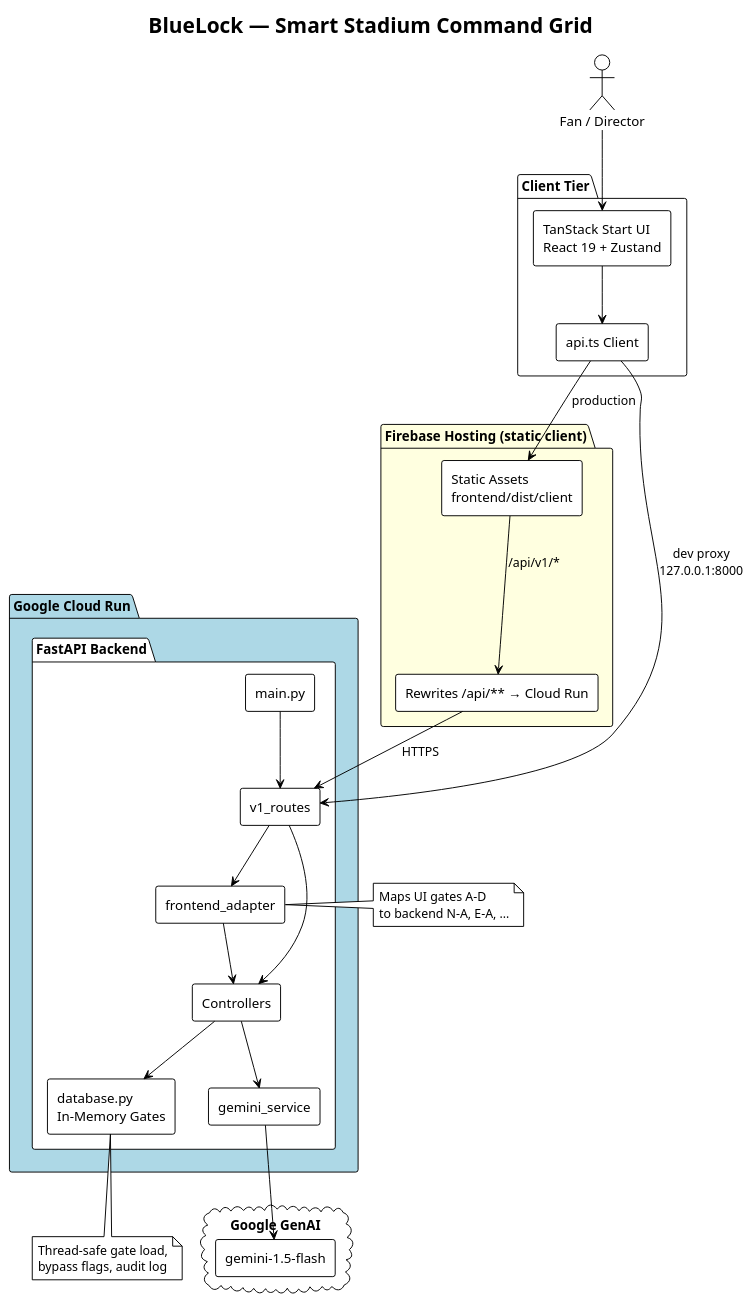
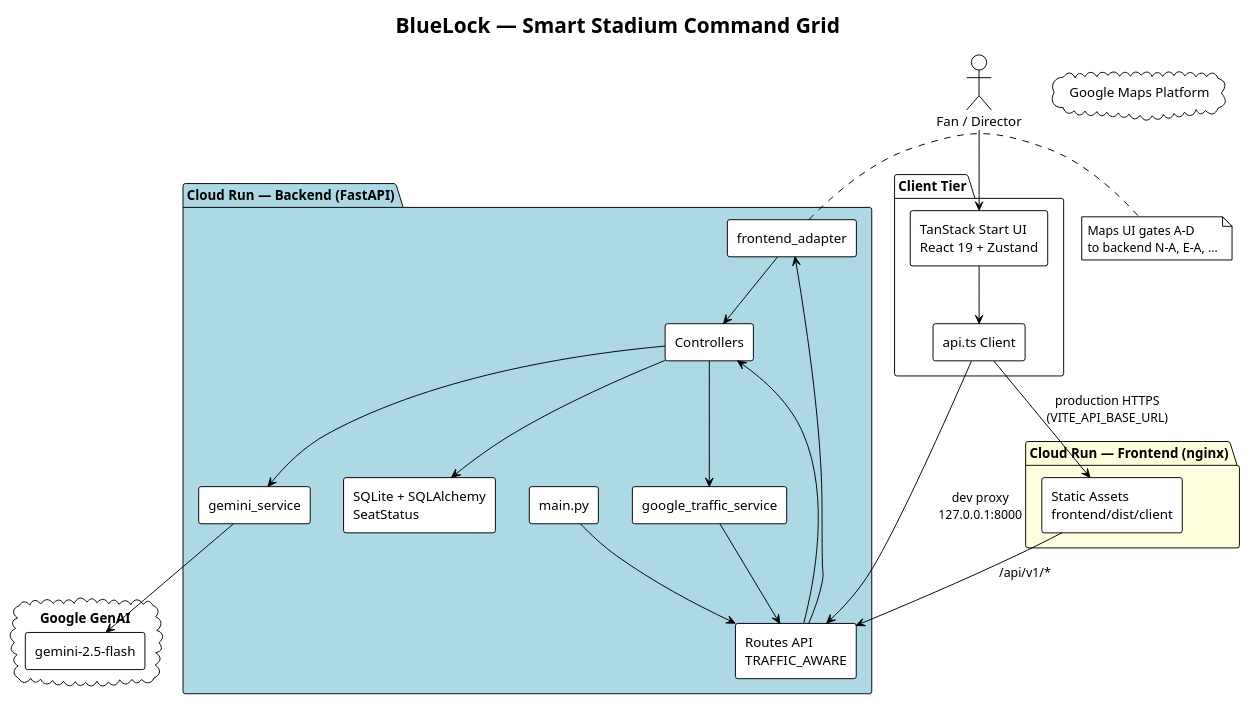
Before and after one commit to SundareshwaranSukumar/BlueLock: the first of 2 diagrams in docs/diagrams/architecture.puml, drawn with PlantUML. The commit also changed other lines of this file and 71 other files, not shown here.

```diff
--- a/docs/diagrams/architecture.puml
+++ b/docs/diagrams/architecture.puml
@@ -1,60 +1,58 @@
 @startuml BlueLock_Architecture
 !theme plain
 title BlueLock — Smart Stadium Command Grid
 
 skinparam componentStyle rectangle
 skinparam shadowing false
 
 actor "Fan / Director" as User
 
 package "Client Tier" {
   [TanStack Start UI\nReact 19 + Zustand] as UI
   [api.ts Client] as API
 }
 
-package "Firebase Hosting (static client)" #LightYellow {
+package "Cloud Run — Frontend (nginx)" #LightYellow {
   [Static Assets\nfrontend/dist/client] as Static
-  [Rewrites /api/** → Cloud Run] as Rewrites
 }
 
-package "Google Cloud Run" #LightBlue {
-  package "FastAPI Backend" {
-    [main.py] as Main
-    [v1_routes] as Routes
-    [Controllers] as Ctrl
-    [frontend_adapter] as Adapter
-    [database.py\nIn-Memory Gates] as State
-    [gemini_service] as GeminiSvc
-  }
+package "Cloud Run — Backend (FastAPI)" #LightBlue {
+  [main.py] as Main
+  [v1_routes] as Routes
+  [Controllers] as Ctrl
+  [frontend_adapter] as Adapter
+  [SQLite + SQLAlchemy\nSeatStatus] as DB
+  [gemini_service] as GeminiSvc
+  [google_traffic_service] as TrafficSvc
 }
 
 cloud "Google GenAI" as GenAI {
-  [gemini-1.5-flash] as Model
+  [gemini-2.5-flash] as Model
+}
+
+cloud "Google Maps Platform" as Maps {
+  [Routes API\nTRAFFIC_AWARE] as Routes
 }
 
 User --> UI
 UI --> API
-API --> Static : production
-Static --> Rewrites : /api/v1/*
-Rewrites --> Routes : HTTPS
+API --> Static : production HTTPS\n(VITE_API_BASE_URL)
+Static --> Routes : /api/v1/*
 API --> Routes : dev proxy\n127.0.0.1:8000
 
 Main --> Routes
 Routes --> Ctrl
 Routes --> Adapter
 Adapter --> Ctrl
-Ctrl --> State
+Ctrl --> DB
 Ctrl --> GeminiSvc
+Ctrl --> TrafficSvc
 GeminiSvc --> Model
+TrafficSvc --> Routes
 
 note right of Adapter
   Maps UI gates A–D
   to backend N-A, E-A, …
 end note
 
-note bottom of State
-  Thread-safe gate load,
-  bypass flags, audit log
-end note
-
 @enduml
```
